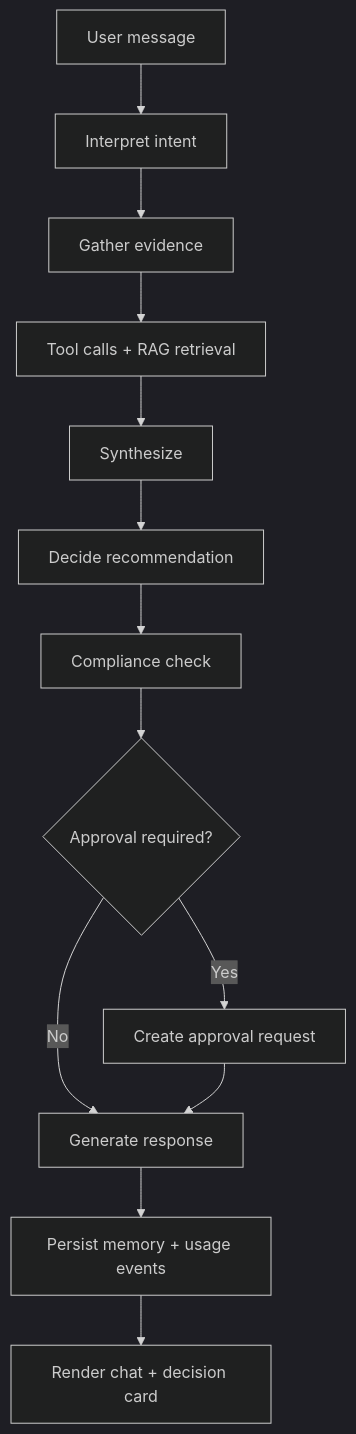
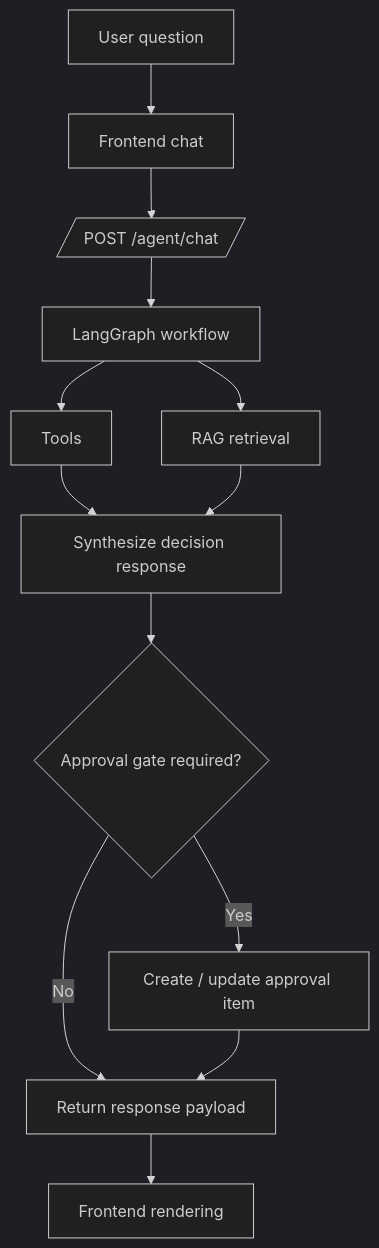
One commit to Fejjii/AlphaLens-AI changed the second of 4 diagrams in docs/architecture.md. Above: the diagram before and after it, drawn with Mermaid (dark theme). The commit also changed other lines of this file and 93 other files, not shown here.

````diff
--- a/docs/architecture.md
+++ b/docs/architecture.md
@@ -66,15 +45,15 @@
 ```mermaid
 flowchart TD
-    U[User message] --> I[Interpret intent]
-    I --> G[Gather evidence]
-    G --> T[Tool calls + RAG retrieval]
-    T --> S[Synthesize]
-    S --> D[Decide recommendation]
-    D --> C[Compliance check]
-    C --> A{Approval required?}
-    A -->|Yes| AQ[Create approval request]
-    A -->|No| R[Generate response]
-    AQ --> R
-    R --> O[Persist memory + usage events]
-    O --> UI[Render chat + decision card]
+    Q[User question] --> FC[Frontend chat]
+    FC --> API[/POST /agent/chat/]
+    API --> LG[LangGraph workflow]
+    LG --> TL[Tools]
+    LG --> RAG[RAG retrieval]
+    TL --> SYN[Synthesize decision response]
+    RAG --> SYN
+    SYN --> GATE{Approval gate required?}
+    GATE -->|Yes| AQ[Create / update approval item]
+    GATE -->|No| RESP[Return response payload]
+    AQ --> RESP
+    RESP --> RENDER[Frontend rendering]
 ```
````
